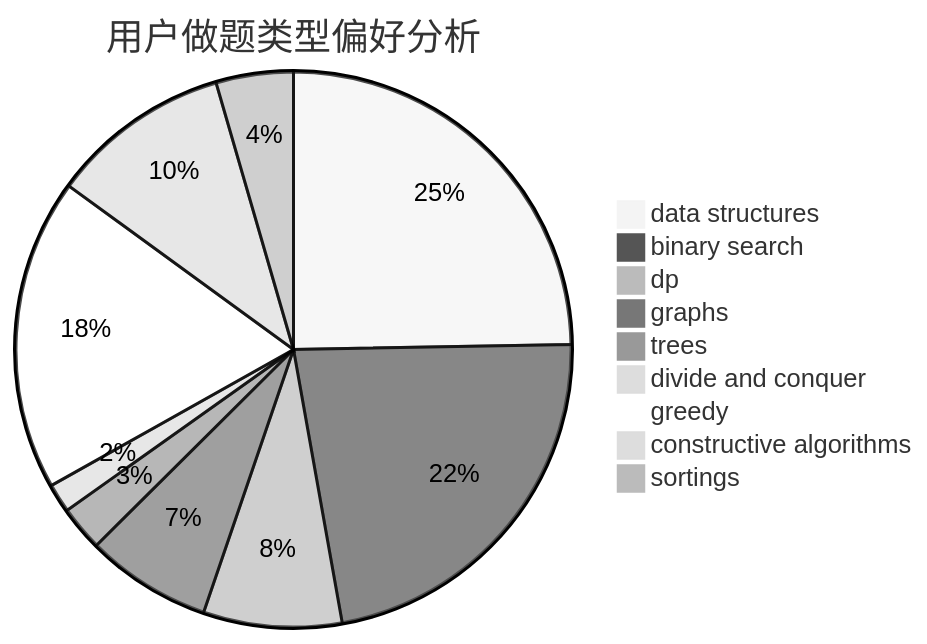
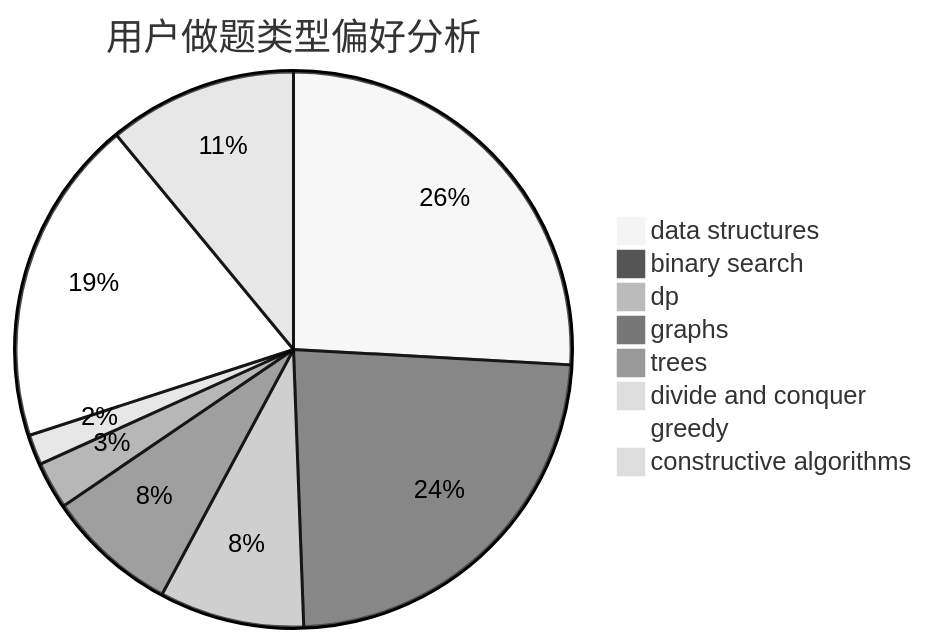
Before and after one commit to sherpahu/cfrs.github.io: the second of 3 diagrams in docs/user/u1935.md, drawn with Mermaid (neutral theme). The commit also changed other lines of this file and 2769 other files, not shown here.

````diff
--- a/docs/user/u1935.md
+++ b/docs/user/u1935.md
@@ -18,12 +18,11 @@
 ```mermaid
 pie title 用户做题类型偏好分析
     "data structures" :  132
     "binary search" :  120
     "dp" :  43
     "graphs" :  39
     "trees" :  14
     "divide and conquer" :  9
     "greedy" :  97
     "constructive algorithms" :  56
-    "sortings" :  24
 ```
````
